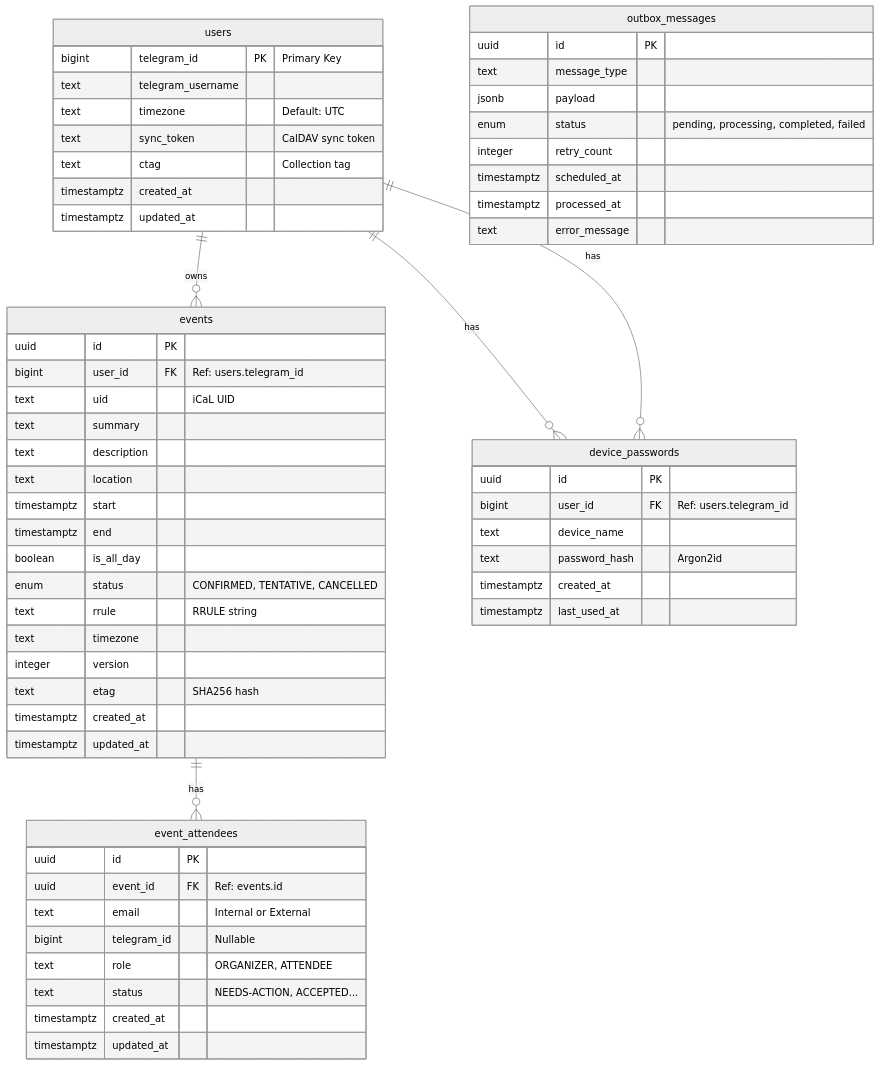
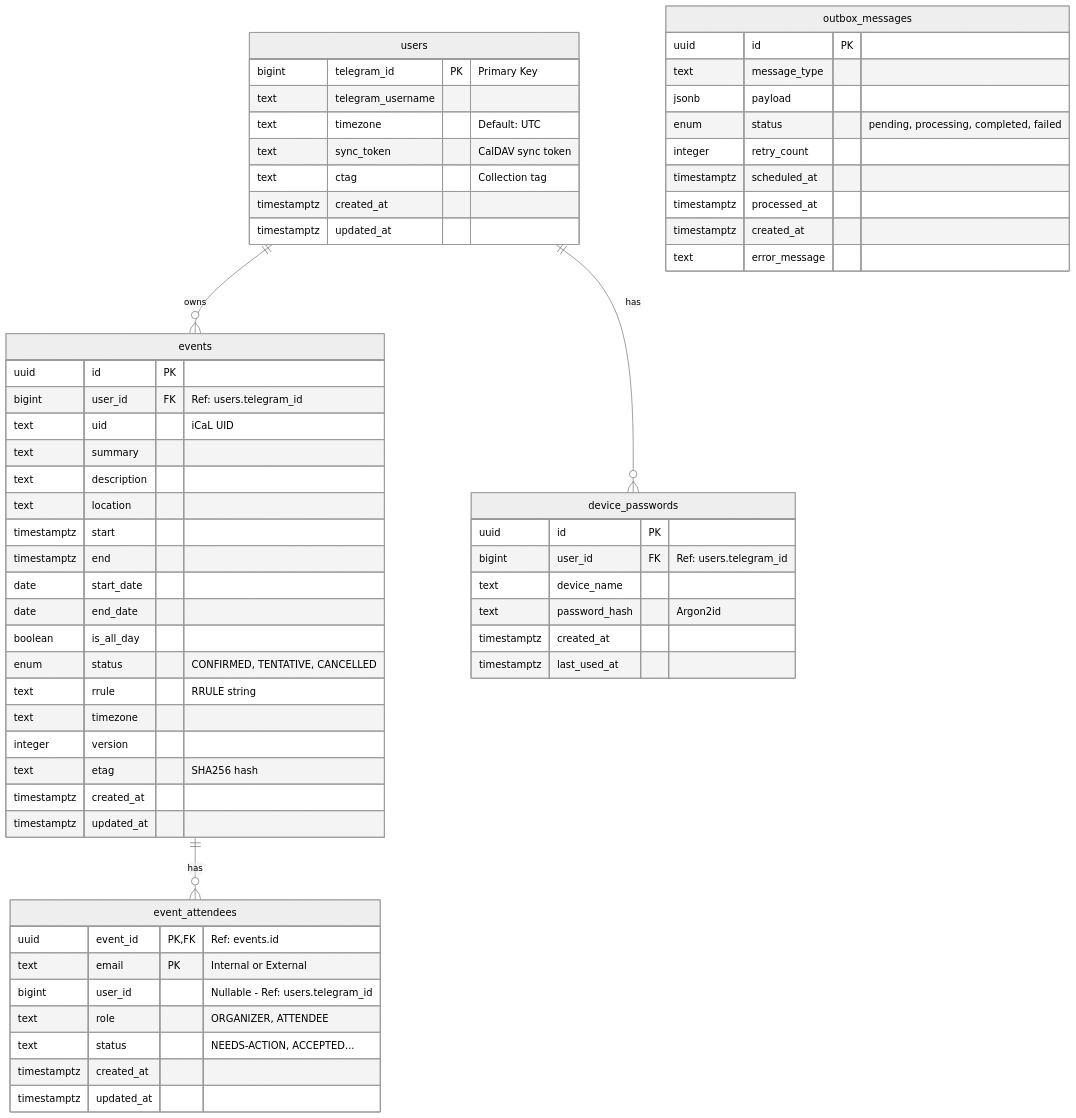
Before and after one commit to kirilledition/televent: the second of 2 diagrams in README.md, drawn with Mermaid (neutral theme). The commit also changed other lines of this file and 12 other files, not shown here.

Commit message:
feat: implement core event and attendee schema updates, introduce a shared crate, and remove outdated documentation.

````diff
--- a/README.md
+++ b/README.md
@@ -57,71 +60,72 @@
 ```mermaid
 erDiagram
     users ||--o{ events : "owns"
-    users ||--o{ device_passwords : "has"
     users ||--o{ device_passwords : "has"
     events ||--o{ event_attendees : "has"
 
     users {
         bigint telegram_id PK "Primary Key"
         text telegram_username
         text timezone "Default: UTC"
         text sync_token "CalDAV sync token"
         text ctag "Collection tag"
         timestamptz created_at
         timestamptz updated_at
     }
 
     events {
         uuid id PK
         bigint user_id FK "Ref: users.telegram_id"
         text uid "iCaL UID"
         text summary
         text description
         text location
         timestamptz start
         timestamptz end
+        date start_date
+        date end_date
         boolean is_all_day
         enum status "CONFIRMED, TENTATIVE, CANCELLED"
         text rrule "RRULE string"
         text timezone
         integer version
         text etag "SHA256 hash"
         timestamptz created_at
         timestamptz updated_at
     }
 
     device_passwords {
         uuid id PK
         bigint user_id FK "Ref: users.telegram_id"
         text device_name
         text password_hash "Argon2id"
         timestamptz created_at
         timestamptz last_used_at
     }
 
 
 
     event_attendees {
-        uuid id PK
-        uuid event_id FK "Ref: events.id"
-        text email "Internal or External"
-        bigint telegram_id "Nullable"
+        uuid event_id PK, FK "Ref: events.id"
+        text email PK "Internal or External"
+        bigint user_id "Nullable - Ref: users.telegram_id"
         text role "ORGANIZER, ATTENDEE"
         text status "NEEDS-ACTION, ACCEPTED..."
         timestamptz created_at
         timestamptz updated_at
     }
 
     outbox_messages {
         uuid id PK
         text message_type
         jsonb payload
         enum status "pending, processing, completed, failed"
         integer retry_count
         timestamptz scheduled_at
         timestamptz processed_at
+        timestamptz created_at
         text error_message
     }
 
 
 ```
````
